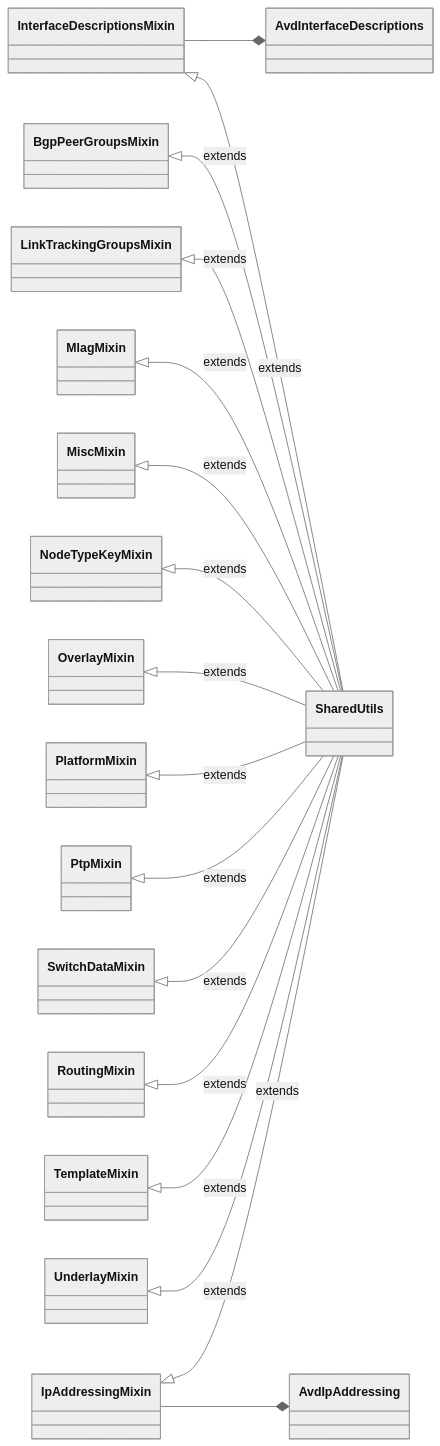
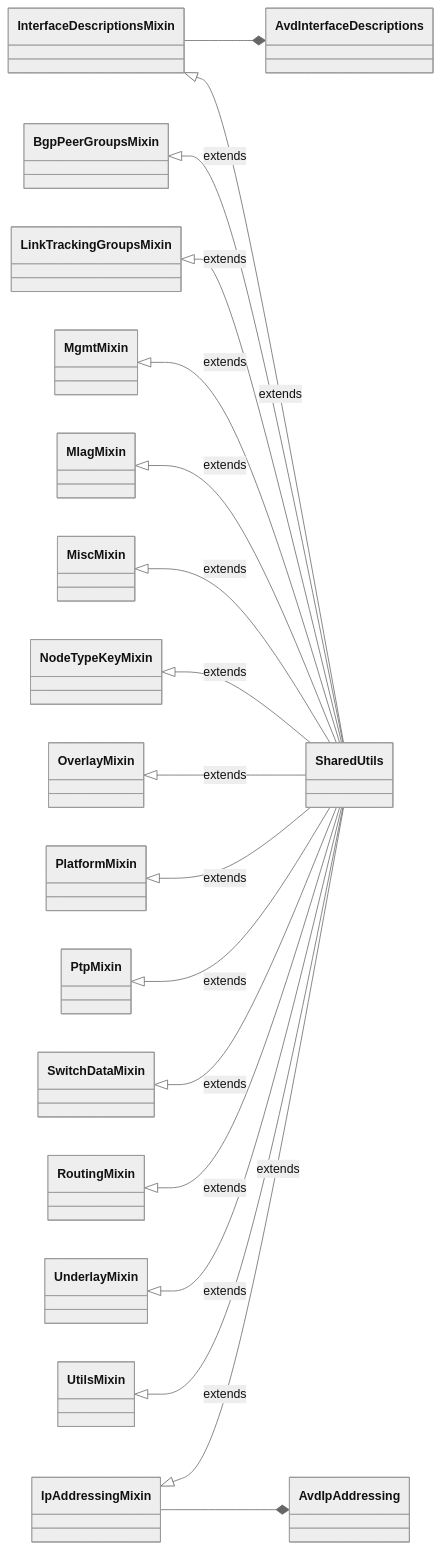
The fourth of 5 diagrams in ansible_collections/arista/avd/docs/contribution/eos_designs_internal_notes.md (aristanetworks/avd), drawn with Mermaid (neutral theme) before and after one commit. The commit also changed other lines of this file, not shown here.

````diff
--- a/ansible_collections/arista/avd/docs/contribution/eos_designs_internal_notes.md
+++ b/ansible_collections/arista/avd/docs/contribution/eos_designs_internal_notes.md
@@ -233,34 +227,36 @@
 ```mermaid
 classDiagram
   direction LR
   class InterfaceDescriptionsMixin
   class BgpPeerGroupsMixin
   class LinkTrackingGroupsMixin
+  class MgmtMixin
   class MlagMixin
   class MiscMixin
   class NodeTypeKeyMixin
   class OverlayMixin
   class PlatformMixin
   class PtpMixin
   class SwitchDataMixin
   class RoutingMixin
-  class TemplateMixin
   class UnderlayMixin
+  class UtilsMixin
   class IpAddressingMixin
   InterfaceDescriptionsMixin --* AvdInterfaceDescriptions
   InterfaceDescriptionsMixin <|-- SharedUtils : extends
   BgpPeerGroupsMixin <|-- SharedUtils : extends
   LinkTrackingGroupsMixin <|-- SharedUtils : extends
+  MgmtMixin <|-- SharedUtils : extends
   MlagMixin <|-- SharedUtils : extends
   MiscMixin <|-- SharedUtils : extends
   NodeTypeKeyMixin <|-- SharedUtils : extends
   OverlayMixin <|-- SharedUtils : extends
   PlatformMixin <|-- SharedUtils : extends
   PtpMixin <|-- SharedUtils : extends
   SwitchDataMixin <|-- SharedUtils : extends
   RoutingMixin <|-- SharedUtils : extends
-  TemplateMixin <|-- SharedUtils : extends
   UnderlayMixin <|-- SharedUtils : extends
+  UtilsMixin <|-- SharedUtils : extends
   IpAddressingMixin <|-- SharedUtils : extends
   IpAddressingMixin --* AvdIpAddressing
 ```
````
